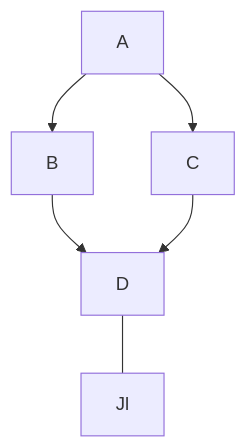
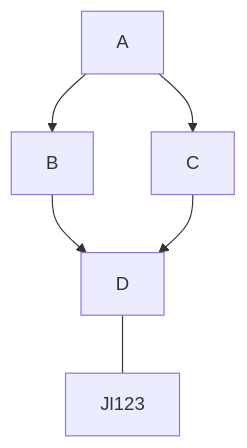
One commit to misterkrull/GitWhippingBoy changed the second of 2 diagrams in README.md. Above: the diagram before and after it, drawn with Mermaid.

Commit message:
Update README.md 123456789101112131415

````diff
--- a/README.md
+++ b/README.md
@@ -17,8 +17,8 @@
 ```mermaid
   graph TD;
       A-->B;
       A-->C;
       B-->D;
       C-->D;
-      D---Jl;
+      D---Jl123;
 ```
````
